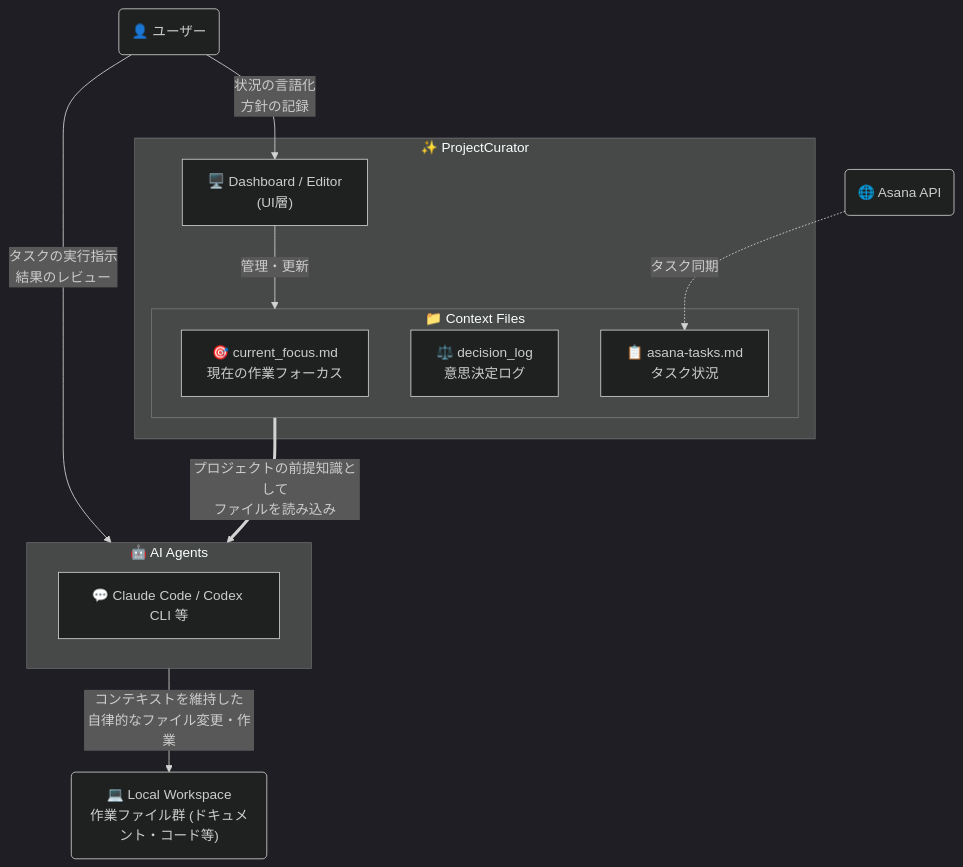
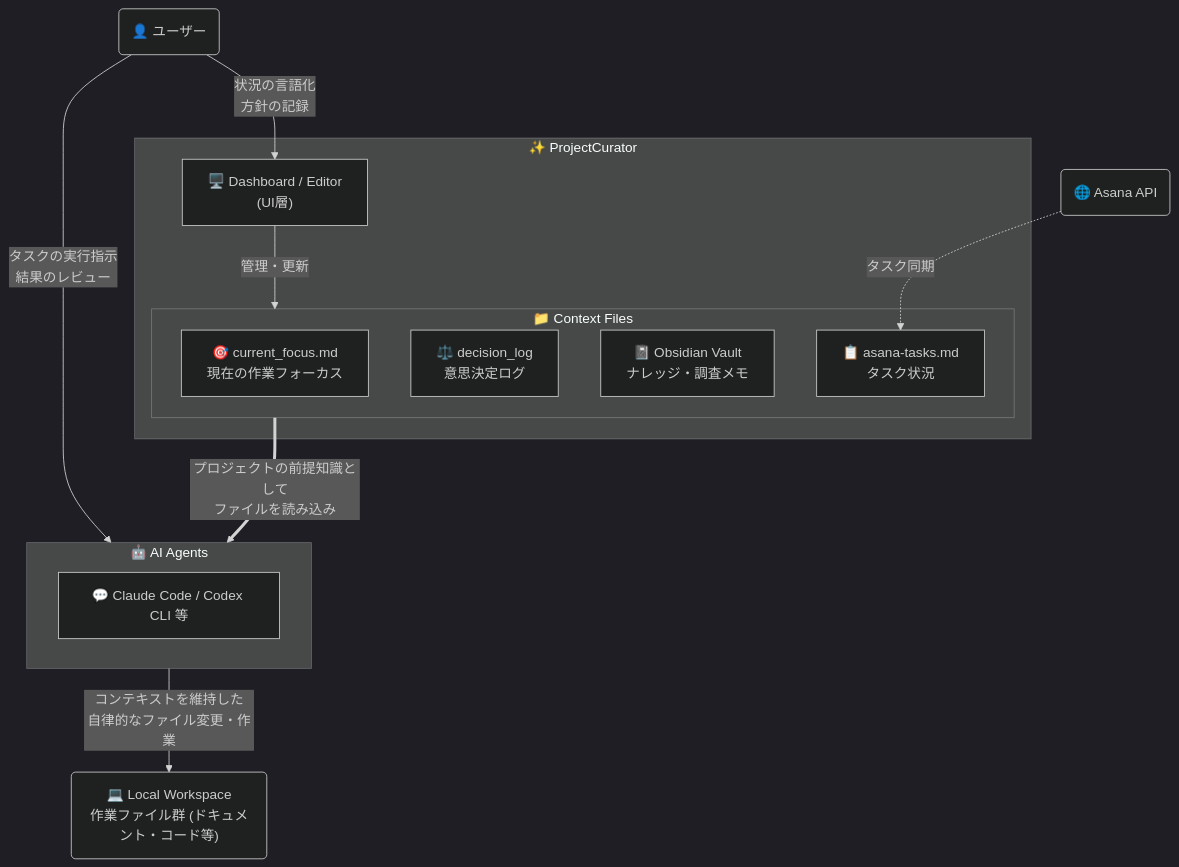
The diagram in README-ja.md (yt3trees/ProjectCurator), drawn with Mermaid (dark theme) before and after one commit. The commit also changed 1 other file, not shown here.

Commit message:
docs: update workflow diagram with Obsidian notes

````diff
--- a/README-ja.md
+++ b/README-ja.md
@@ -10,34 +10,36 @@
 ```mermaid
 flowchart TD
     User("👤 ユーザー")
 
     %% ProjectCurator (コンテキスト管理)
     subgraph PC ["✨ ProjectCurator"]
         UI["🖥️ Dashboard / Editor<br>(UI層)"]
         
         subgraph MD ["📁 Context Files"]
             F1["🎯 current_focus.md<br>現在の作業フォーカス"]
             F2["⚖️ decision_log<br>意思決定ログ"]
+            F4["📓 Obsidian Vault<br>ナレッジ・調査メモ"]
             F3["📋 asana-tasks.md<br>タスク状況"]
         end
         
         UI -->|管理・更新| MD
     end
 
     %% AIエージェントと対象ワークスペース
     subgraph AI ["🤖 AI Agents"]
         AgentList["💬 Claude Code / Codex CLI 等"]
     end
 
     Asana("🌐 Asana API")
     Workspace("💻 Local Workspace<br>作業ファイル群 (ドキュメント・コード等)")
 
     %% ワークフロー
+    User -->|タスクの実行指示<br>結果のレビュー| AI
     User -->|状況の言語化<br>方針の記録| UI
-    User -->|タスクの実行指示<br>結果のレビュー| AI
+    
     Asana -.->|タスク同期| F3
     
     MD ==>|プロジェクトの前提知識として<br>ファイルを読み込み| AI
     
     AI -->|コンテキストを維持した<br>自律的なファイル変更・作業| Workspace
 ```
````
